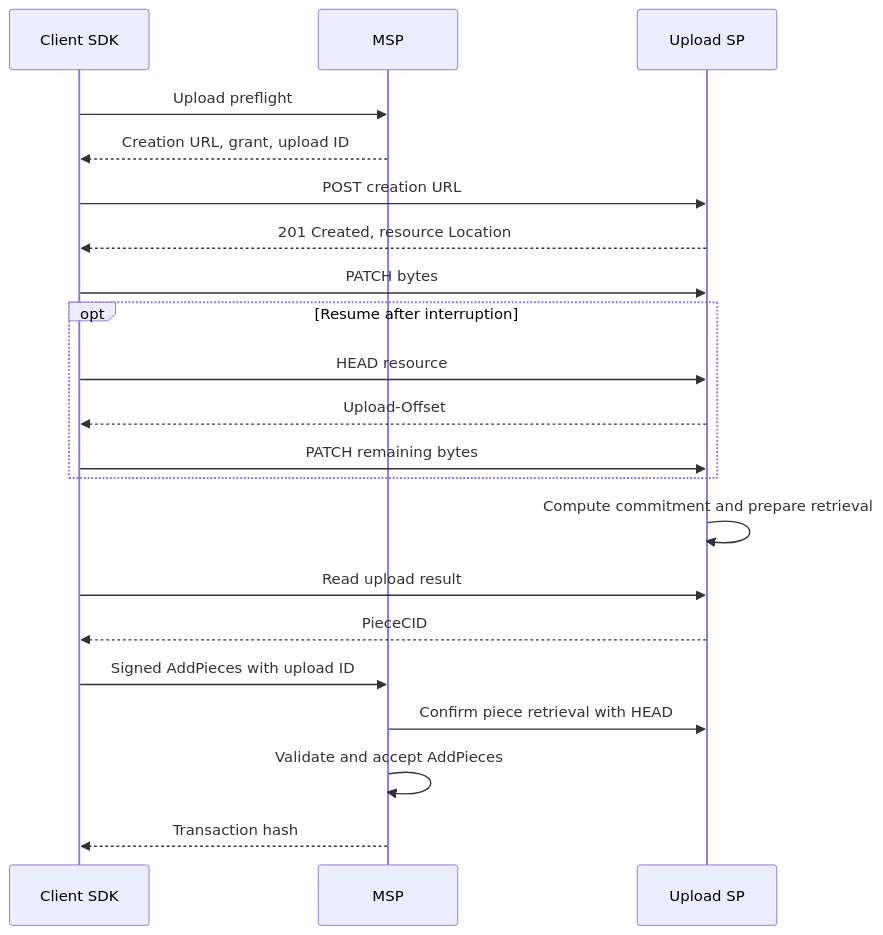
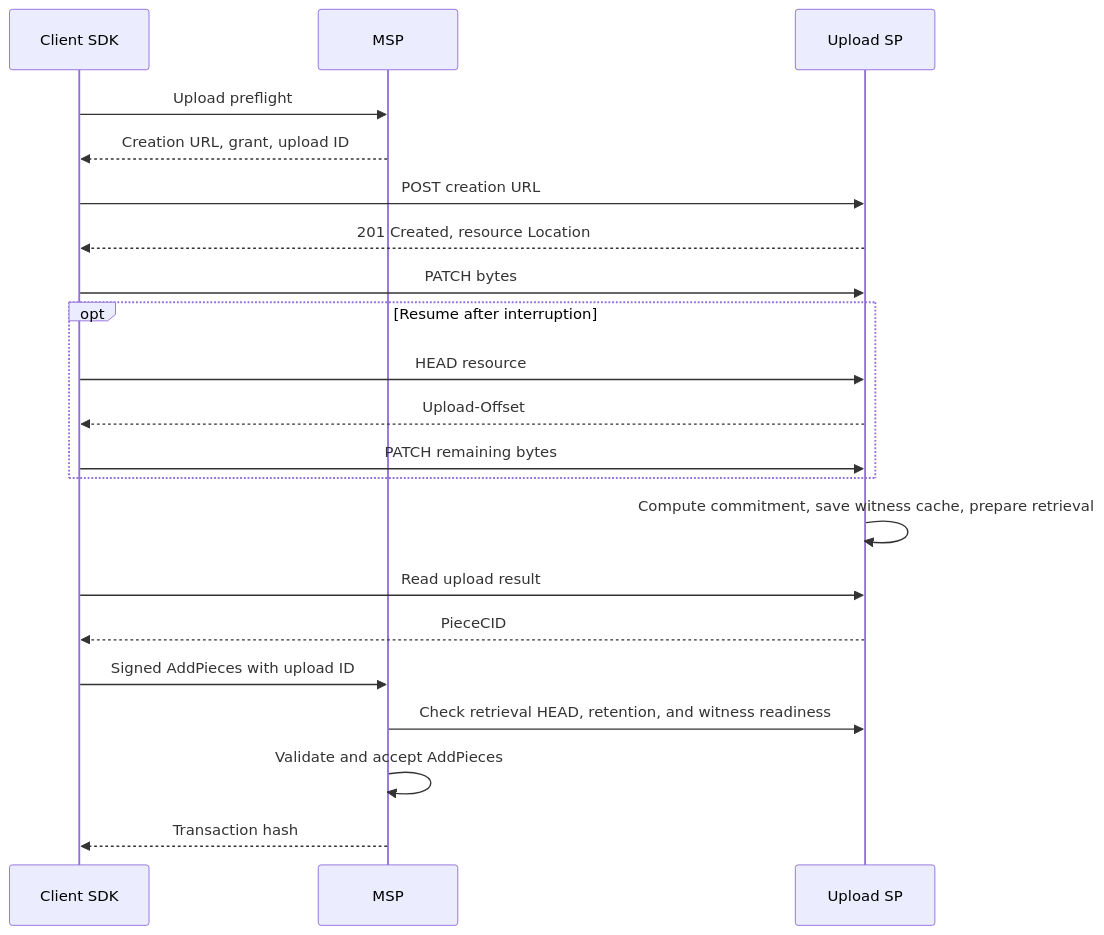
One commit to filecoin-project/rhizome changed the diagram in docs/proposals/tus-upload-proposal.md. Above: the diagram before and after it, drawn with Mermaid. The commit also changed other lines of this file and 6 other files, not shown here.

First line of the commit message:
docs: require staged witness readiness at admission

````diff
--- a/docs/proposals/tus-upload-proposal.md
+++ b/docs/proposals/tus-upload-proposal.md
@@ -19,24 +19,24 @@
 ```mermaid
 sequenceDiagram
     participant C as Client SDK
     participant M as MSP
     participant S as Upload SP
 
     C->>M: Upload preflight
     M-->>C: Creation URL, grant, upload ID
     C->>S: POST creation URL
     S-->>C: 201 Created, resource Location
     C->>S: PATCH bytes
     opt Resume after interruption
         C->>S: HEAD resource
         S-->>C: Upload-Offset
         C->>S: PATCH remaining bytes
     end
-    S->>S: Compute commitment and prepare retrieval
+    S->>S: Compute commitment, save witness cache, prepare retrieval
     C->>S: Read upload result
     S-->>C: PieceCID
     C->>M: Signed AddPieces with upload ID
-    M->>S: Confirm piece retrieval with HEAD
+    M->>S: Check retrieval HEAD, retention, and witness readiness
     M->>M: Validate and accept AddPieces
     M-->>C: Transaction hash
 ```
````
